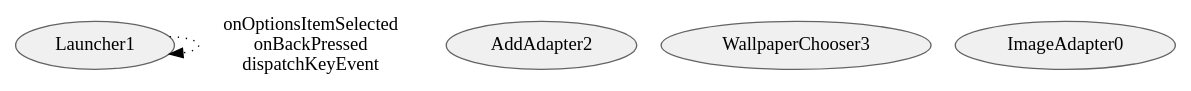
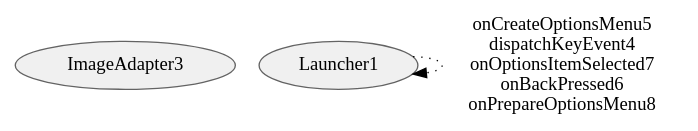
Before and after one commit to hans89/astparser: the diagram in graphviz/Launcher2.gv, drawn with Graphviz. The commit also changed 35 other files, not shown here.

```diff
--- a/graphviz/Launcher2.gv
+++ b/graphviz/Launcher2.gv
@@ -1,11 +1,11 @@
 digraph {
 fontname="Helvetica";
 node[style="filled,solid", colorscheme=greys3, fillcolor=1, color=3];
+ImageAdapter3;
 Launcher1;
-AddAdapter2;
-WallpaperChooser3;
-ImageAdapter0;
-Launcher1 -> Launcher1[label="onOptionsItemSelected
-onBackPressed
-dispatchKeyEvent",style=dotted];
+Launcher1 -> Launcher1[label="onCreateOptionsMenu5
+dispatchKeyEvent4
+onOptionsItemSelected7
+onBackPressed6
+onPrepareOptionsMenu8",style=dotted];
 }
```
